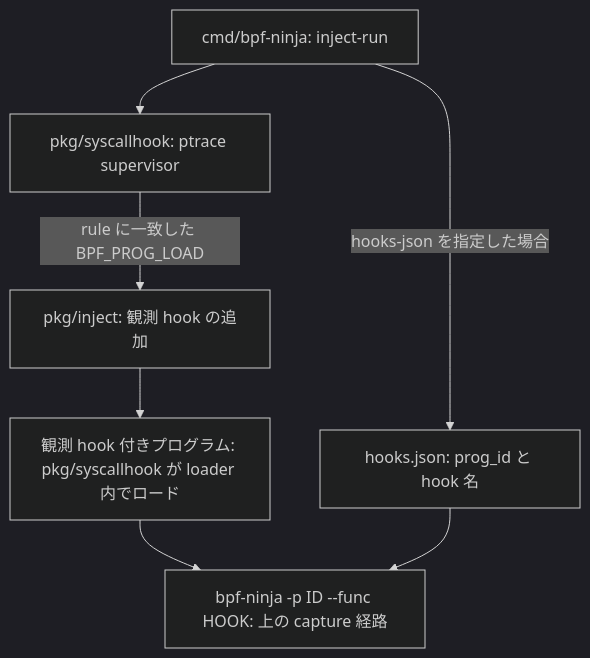
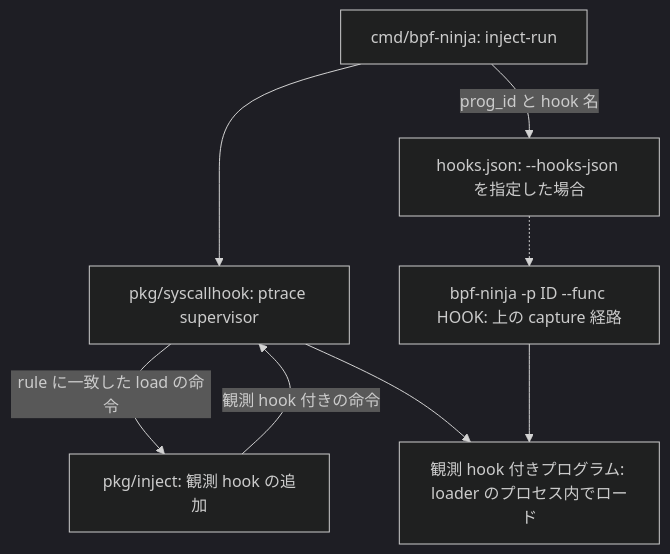
Before and after one commit to takehaya/bpf-ninja: the second of 2 diagrams in docs/ja/architecture/README.md, drawn with Mermaid (dark theme). The commit also changed other lines of this file, not shown here.

First line of the commit message:
docs(architecture): label data arrows and add a legend to both diagrams

````diff
--- a/docs/ja/architecture/README.md
+++ b/docs/ja/architecture/README.md
@@ -32,9 +33,10 @@
 ```mermaid
 flowchart TD
   run["cmd/bpf-ninja: inject-run"] --> sup["pkg/syscallhook: ptrace supervisor"]
-  sup -- "rule に一致した BPF_PROG_LOAD" --> inject["pkg/inject: 観測 hook の追加"]
-  inject --> loaded["観測 hook 付きプログラム: pkg/syscallhook が loader 内でロード"]
-  run -- "hooks-json を指定した場合" --> hooks["hooks.json: prog_id と hook 名"]
-  loaded --> func["bpf-ninja -p ID --func HOOK: 上の capture 経路"]
-  hooks --> func
+  sup -- "rule に一致した load の命令" --> inject["pkg/inject: 観測 hook の追加"]
+  inject -- "観測 hook 付きの命令" --> sup
+  sup --> loaded["観測 hook 付きプログラム: loader のプロセス内でロード"]
+  run -- "prog_id と hook 名" --> hooks["hooks.json: --hooks-json を指定した場合"]
+  hooks -.-> func["bpf-ninja -p ID --func HOOK: 上の capture 経路"]
+  func --> loaded
 ```
````
